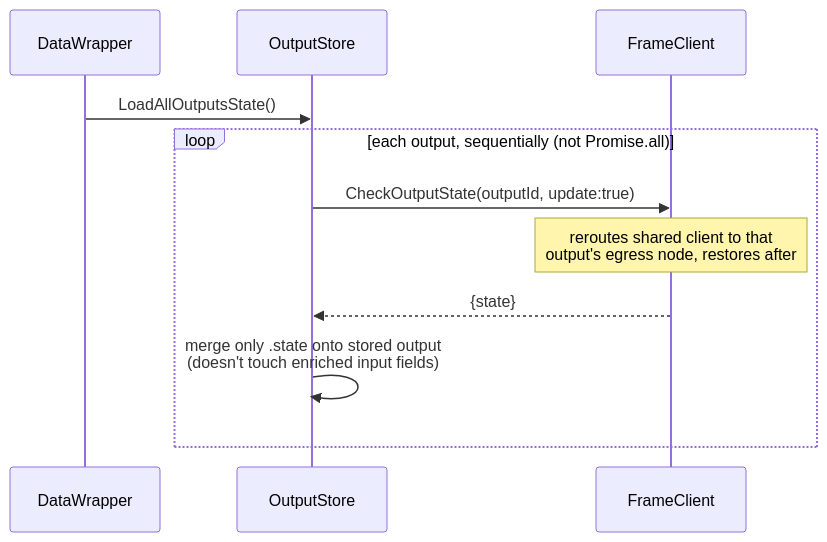
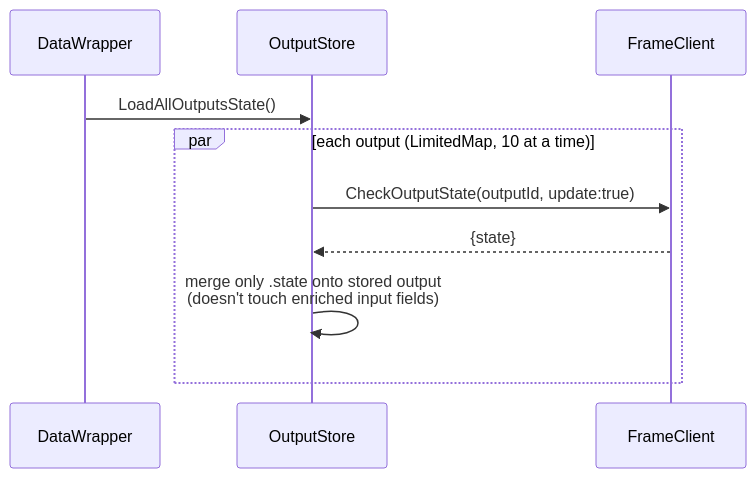
Before and after one commit to eluv-io/elv-live-stream: the fifth of 5 diagrams in docs/diagrams/output-lifecycle.md, drawn with Mermaid. The commit also changed other lines of this file and 35 other files, not shown here.

````diff
--- a/docs/diagrams/output-lifecycle.md
+++ b/docs/diagrams/output-lifecycle.md
@@ -84,14 +87,13 @@
 ```mermaid
 sequenceDiagram
     participant DataWrapper
     participant OutputStore
     participant FrameClient
 
     DataWrapper->>OutputStore: LoadAllOutputsState()
-    loop each output, sequentially (not Promise.all)
+    par each output (LimitedMap, 10 at a time)
         OutputStore->>FrameClient: CheckOutputState(outputId, update:true)
-        Note over FrameClient: reroutes shared client to that<br/>output's egress node, restores after
         FrameClient-->>OutputStore: {state}
         OutputStore->>OutputStore: merge only .state onto stored output<br/>(doesn't touch enriched input fields)
     end
 ```
````
